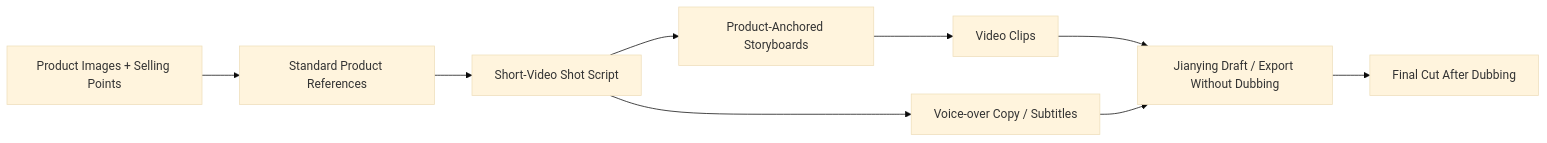
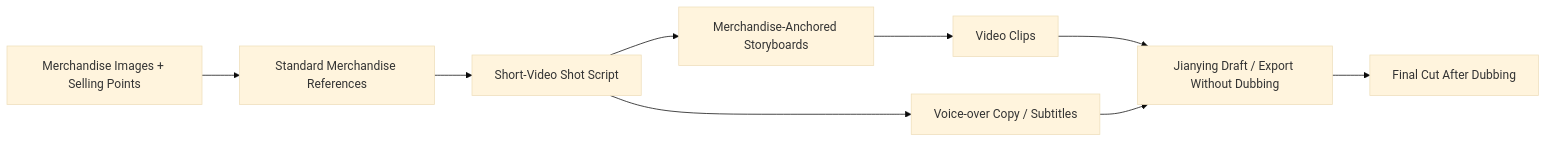
The third of 3 diagrams in website/i18n/en/docusaurus-plugin-content-docs/current/guide/workflows.md (ArcReel/ArcReel), drawn with Mermaid (base theme) before and after one commit. The commit also changed other lines of this file and 8 other files, not shown here.

````diff
--- a/website/i18n/en/docusaurus-plugin-content-docs/current/guide/workflows.md
+++ b/website/i18n/en/docusaurus-plugin-content-docs/current/guide/workflows.md
@@ -171,11 +171,11 @@
 ```mermaid
 flowchart LR
-    A["Product Images + Selling Points"] --> B["Standard Product References"]
+    A["Merchandise Images + Selling Points"] --> B["Standard Merchandise References"]
     B --> C["Short-Video Shot Script"]
-    C --> D["Product-Anchored Storyboards"]
+    C --> D["Merchandise-Anchored Storyboards"]
     D --> E["Video Clips"]
     C --> F["Voice-over Copy / Subtitles"]
     E --> G["Jianying Draft / Export Without Dubbing"]
     F --> G
     G --> H["Final Cut After Dubbing"]
 ```
````
